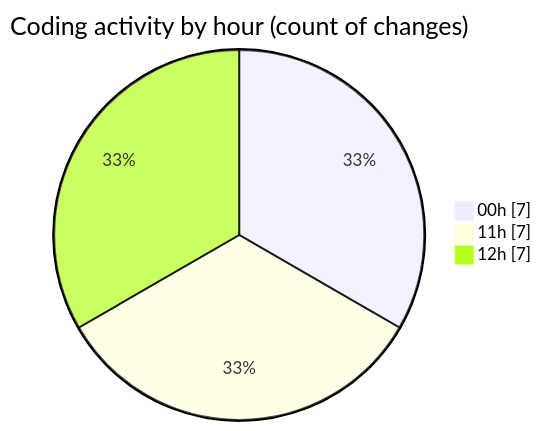
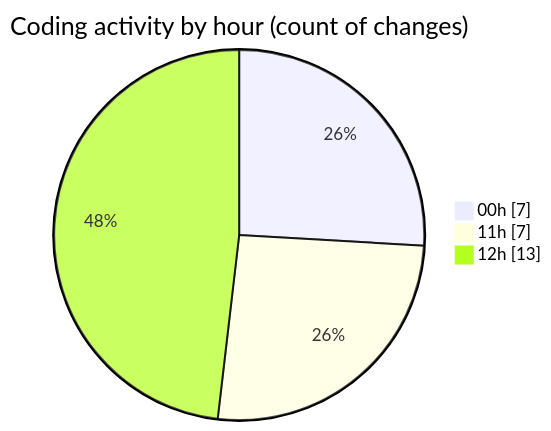
One commit to julien-gomy/code-tracking changed the second of 2 diagrams in 2025-10-08/eventscop-frontend-guide__workspace_/README.md. Above: the diagram before and after it, drawn with Mermaid. The commit also changed other lines of this file and 1 other file, not shown here.

````diff
--- a/2025-10-08/eventscop-frontend-guide__workspace_/README.md
+++ b/2025-10-08/eventscop-frontend-guide__workspace_/README.md
@@ -36,7 +36,7 @@
 ```mermaid
 pie showData
 title Coding activity by hour (count of changes)
 "00h" : 7
 "11h" : 7
-"12h" : 7
+"12h" : 13
 ```
````
